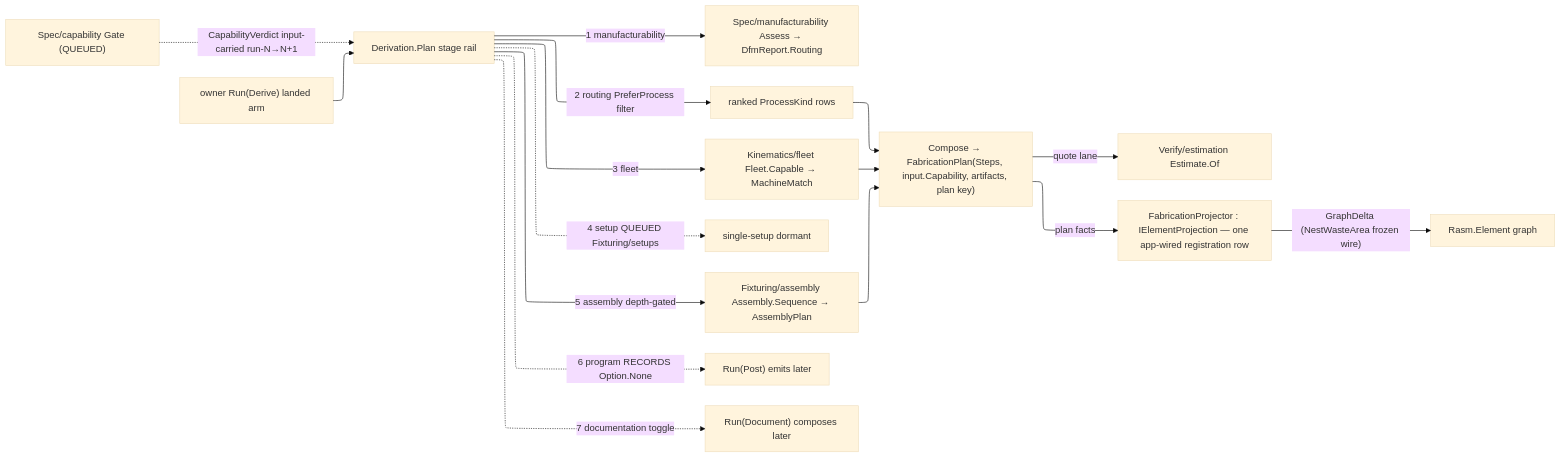
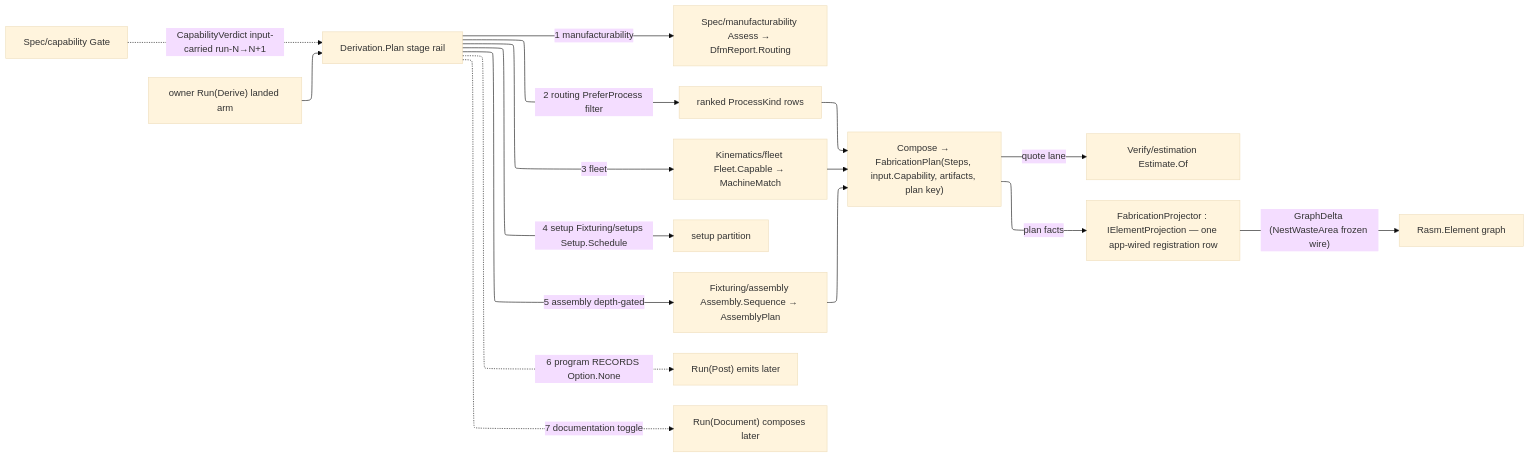
The diagram in libs/csharp/Rasm.Fabrication/.planning/Process/derivation.md (bsamiee/Rasm), drawn with Mermaid before and after one commit. The commit also changed other lines of this file and 181 other files, not shown here.

````diff
--- a/libs/csharp/Rasm.Fabrication/.planning/Process/derivation.md
+++ b/libs/csharp/Rasm.Fabrication/.planning/Process/derivation.md
@@ -156,23 +156,23 @@
 ```mermaid
 ---
 config:
   layout: elk
   theme: base
 ---
 flowchart LR
     Derive["owner Run(Derive) landed arm"] --> Plan["Derivation.Plan stage rail"]
     Plan -->|1 manufacturability| Dfm["Spec/manufacturability Assess → DfmReport.Routing"]
     Plan -->|2 routing PreferProcess filter| Routed["ranked ProcessKind rows"]
     Plan -->|3 fleet| Matches["Kinematics/fleet Fleet.Capable → MachineMatch"]
-    Plan -.->|4 setup QUEUED Fixturing/setups| Setup["single-setup dormant"]
+    Plan -->|"4 setup Fixturing/setups Setup.Schedule"| Setup["setup partition"]
     Plan -->|5 assembly depth-gated| Joins["Fixturing/assembly Assembly.Sequence → AssemblyPlan"]
     Plan -.->|6 program RECORDS Option.None| Post["Run(Post) emits later"]
     Plan -.->|7 documentation toggle| Doc["Run(Document) composes later"]
     Routed --> Compose["Compose → FabricationPlan(Steps, input.Capability, artifacts, plan key)"]
     Matches --> Compose
     Joins --> Compose
     Compose -->|quote lane| Estimate["Verify/estimation Estimate.Of"]
     Compose -->|plan facts| Projector["FabricationProjector : IElementProjection — one app-wired registration row"]
     Projector -->|"GraphDelta (NestWasteArea frozen wire)"| Graph["Rasm.Element graph"]
-    Capability["Spec/capability Gate (QUEUED)"] -.->|CapabilityVerdict input-carried run-N→N+1| Plan
+    Capability["Spec/capability Gate"] -.->|CapabilityVerdict input-carried run-N→N+1| Plan
 ```
````
